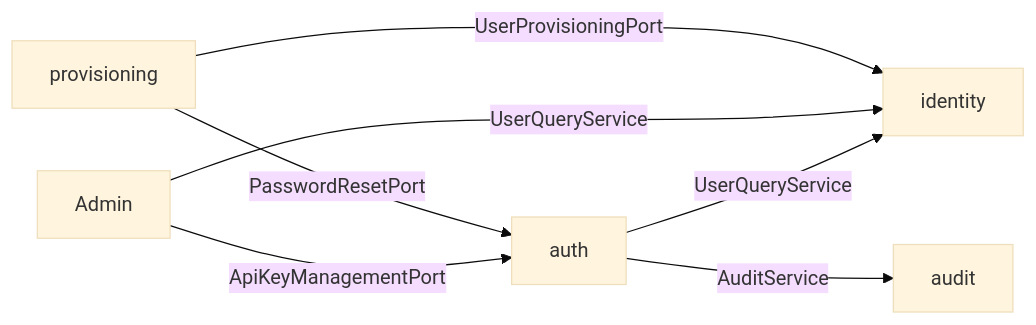
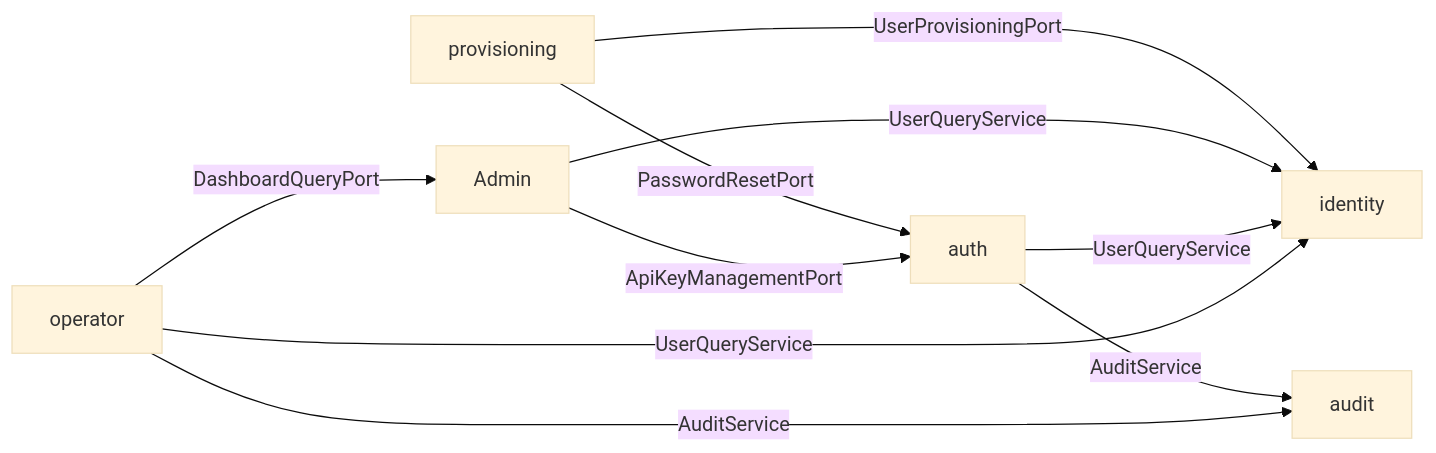
Before and after one commit to mrvin100/48id: the second of 6 diagrams in docs/guide/architecture.md, drawn with Mermaid (base theme). The commit also changed other lines of this file and 1 other file, not shown here.

Commit message:
docs: update architecture.md with Sprint 4 changes — operator module, matricule validation, V8 migration (WEB-S4-BE-01, WEB-S4-BE-02, WEB-S4-BE-05)

````diff
--- a/docs/guide/architecture.md
+++ b/docs/guide/architecture.md
@@ -106,9 +112,12 @@
 ```mermaid
 graph LR
     Prov[provisioning] -->|UserProvisioningPort| Identity[identity]
     Prov -->|PasswordResetPort| Auth[auth]
     Admin -->|UserQueryService| Identity
     Admin -->|ApiKeyManagementPort| Auth
     Auth -->|UserQueryService| Identity
     Auth -->|AuditService| Audit[audit]
+    Operator[operator] -->|DashboardQueryPort| Admin
+    Operator -->|UserQueryService| Identity
+    Operator -->|AuditService| Audit
 ```
````
